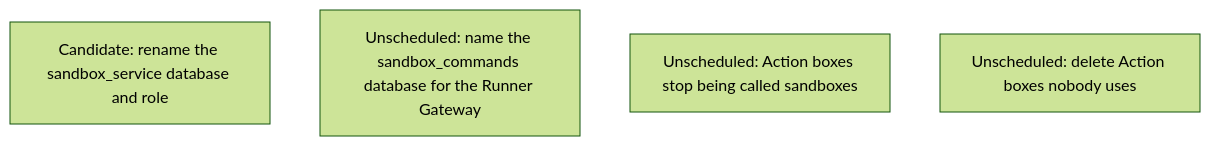
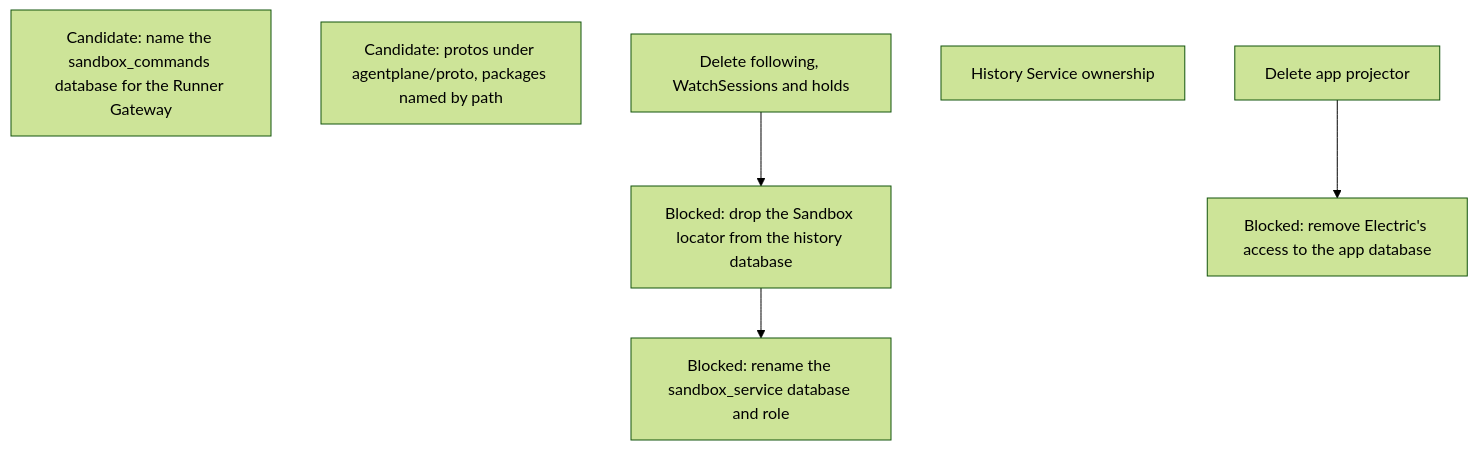
The tenth of 13 diagrams in agentplane/plans/task_dag.md (agentydragon/ducktape), drawn with Mermaid (forest theme) before and after one commit. The commit also changed other lines of this file, not shown here.

First line of the commit message:
agentplane/plans: add the coherence refactor nodes

````diff
--- a/agentplane/plans/task_dag.md
+++ b/agentplane/plans/task_dag.md
@@ -771,7 +726,13 @@
 ```mermaid
 flowchart TD
-    HISTORY_DATABASE_RENAME[Candidate: rename the sandbox_service database and role]
-    SANDBOX_DATABASE_RENAME[Unscheduled: name the sandbox_commands database for the Runner Gateway]
-    ACTION_BOX_RENAME[Unscheduled: Action boxes stop being called sandboxes]
-    ACTION_BOX_IDLE_REAPER[Unscheduled: delete Action boxes nobody uses]
+    HISTORY_SANDBOX_LOCATOR_DROP[Blocked: drop the Sandbox locator from the history database]
+    HISTORY_DATABASE_RENAME[Blocked: rename the sandbox_service database and role]
+    SANDBOX_DATABASE_RENAME[Candidate: name the sandbox_commands database for the Runner Gateway]
+    APP_ELECTRIC_RETIRE[Blocked: remove Electric's access to the app database]
+    PROTO_DIRECTORY[Candidate: protos under agentplane/proto, packages named by path]
+    APP_PROJECTOR_RETIRE[Delete app projector]
+    HISTORY_SERVICE_OWNERSHIP[History Service ownership]
+    FOLLOW_PATH_RETIRE[Delete following, WatchSessions and holds] --> HISTORY_SANDBOX_LOCATOR_DROP
+    HISTORY_SANDBOX_LOCATOR_DROP --> HISTORY_DATABASE_RENAME
+    APP_PROJECTOR_RETIRE --> APP_ELECTRIC_RETIRE
 ```
````
